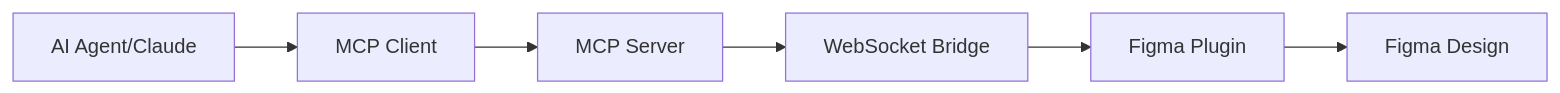
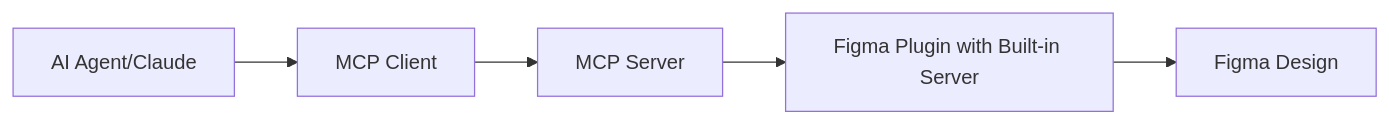
One commit to oO/figma-mcp-write-server changed the diagram in README.md. Above: the diagram before and after it, drawn with Mermaid. The commit also changed other lines of this file and 3 other files, not shown here.

````diff
--- a/README.md
+++ b/README.md
@@ -32,8 +34,7 @@
 ```mermaid
 graph LR
     A[AI Agent/Claude] --> B[MCP Client]
     B --> C[MCP Server]
-    C --> D[WebSocket Bridge]
-    D --> E[Figma Plugin]
-    E --> F[Figma Design]
+    C --> D[Figma Plugin with Built-in Server]
+    D --> E[Figma Design]
 ```
````
